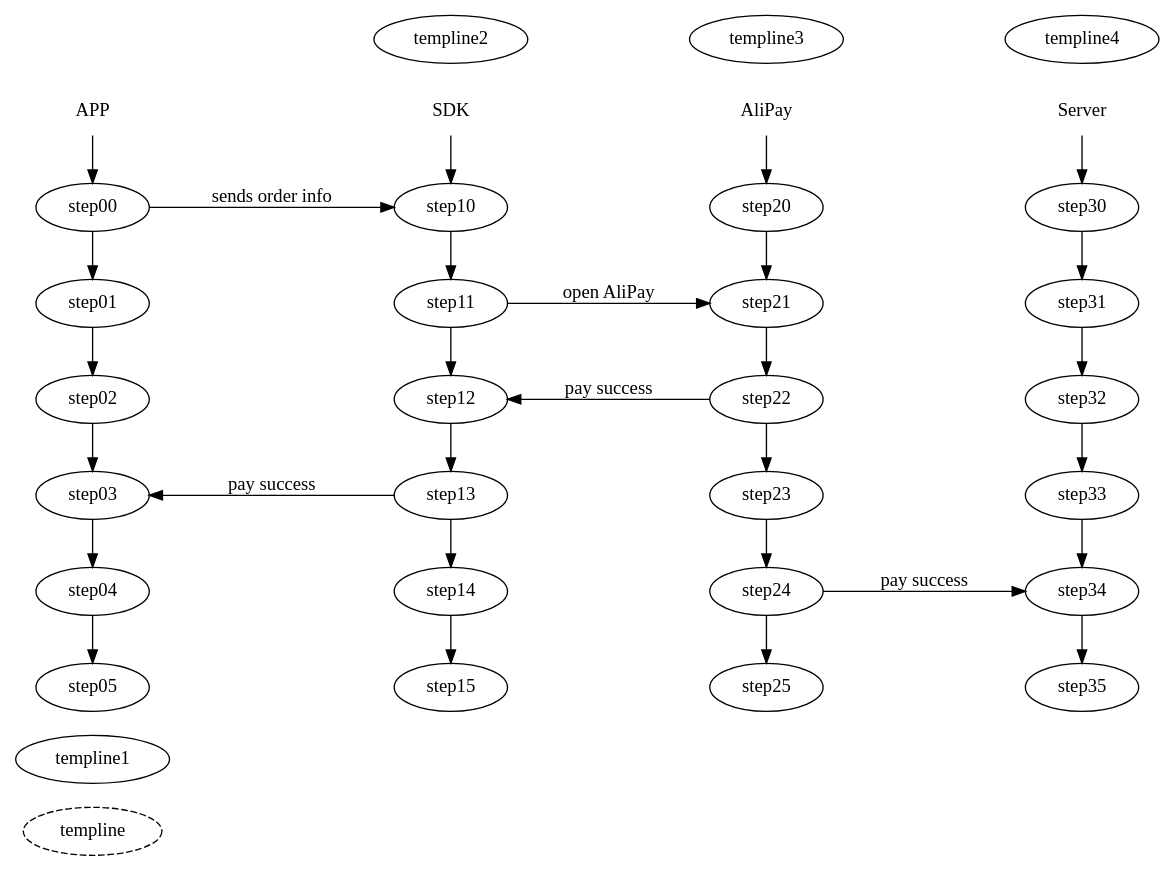
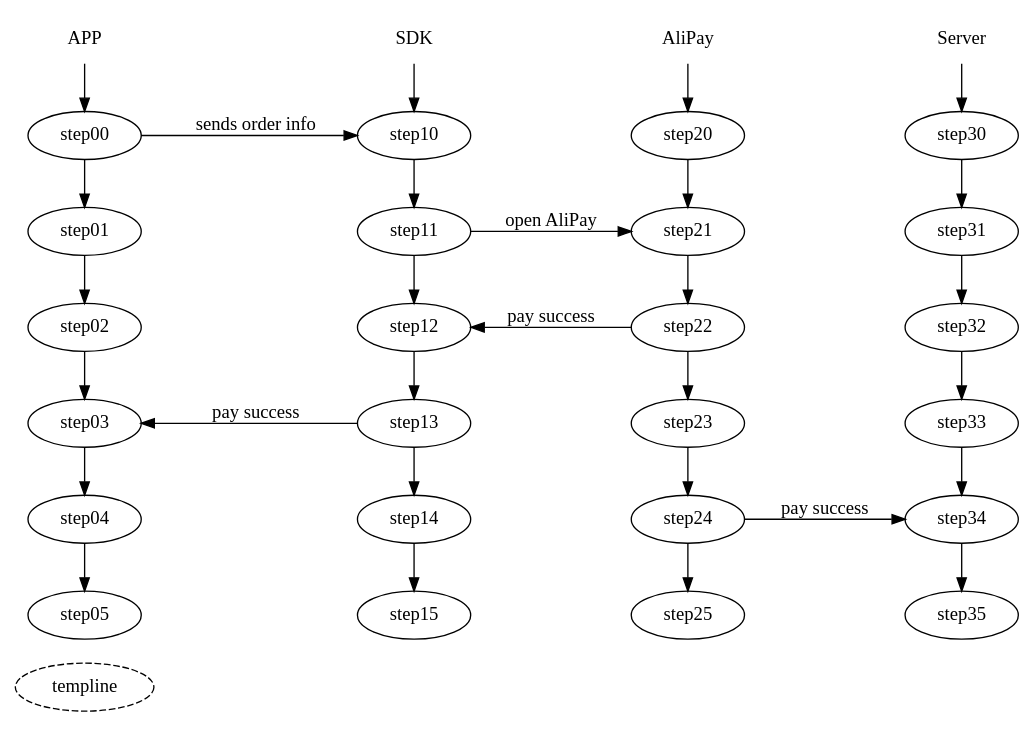
One commit to jamisonjiang/graph-support-dot-demo changed the diagram in src/main/resources/eg/sequence_eg.dot. Above: the diagram before and after it, drawn with Graphviz. The commit also changed 3 other files, not shown here.

```diff
--- a/src/main/resources/eg/sequence_eg.dot
+++ b/src/main/resources/eg/sequence_eg.dot
@@ -1,37 +1,33 @@
 digraph time {
     rankdir = "LR";
     tempnode[shape = "point" width=0 height=0];
     templine[arrowhead = "none", style = "dashed",tailclip=false,tailclip=false];
 
     {
         rank = "same"
-        templine1[arrowhead = "none", style = "solided",tailclip=false,tailclip=false];
         APP[shape = "plaintext"];
         APP -> step00 -> step01 -> step02 -> step03 -> step04 -> step05;
     }
 
     {
         rank="same";
-        templine2[arrowhead = "none", style="solided",tailclip=false,tailclip=false];
         SDK[shape="plaintext"];
         SDK -> step10 -> step11 -> step12 -> step13 -> step14 -> step15;
     }
     {
         rank="same";
-        templine3[arrowhead = "none", style="solided",tailclip=false,tailclip=false];
         AliPay[shape="plaintext"];
         AliPay -> step20 -> step21 -> step22 -> step23 -> step24 -> step25;
     }
     {
         rank="same";
-       templine4[arrowhead = "none", style="solided",tailclip=false,tailclip=false];
         Server[shape="plaintext"];
         Server -> step30 -> step31 -> step32 -> step33 -> step34 -> step35;
     }
 
     step00 -> step10 [label="sends order info", arrowhead="normal"];
     step11 -> step21 [label="open AliPay", arrowhead="normal"];
     step22 -> step12 [label="pay success", arrowhead="normal"];
     step13 -> step03 [label="pay success", arrowhead="normal"];
     step24 -> step34 [label="pay success", arrowhead="normal"];
 }
```
